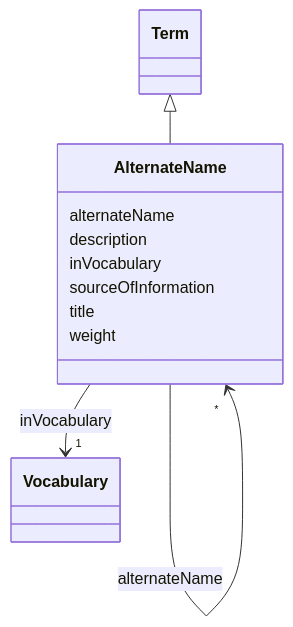
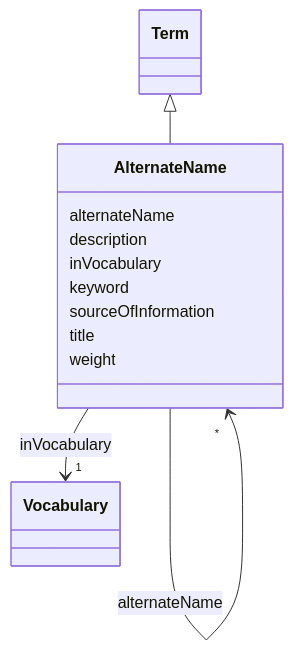
The diagram in models/docs/AlternateName.md (EVORA-project/evora-ontology), drawn with Mermaid before and after one commit. The commit also changed other lines of this file and 402 other files, not shown here.

````diff
--- a/models/docs/AlternateName.md
+++ b/models/docs/AlternateName.md
@@ -19,35 +19,37 @@
 ```mermaid
  classDiagram
     class AlternateName
     click AlternateName href "../AlternateName"
       Term <|-- AlternateName
         click Term href "../Term"
       
       AlternateName : alternateName
         
           
     
     
     AlternateName --> "*" AlternateName : alternateName
     click AlternateName href "../AlternateName"
 
         
       AlternateName : description
         
       AlternateName : inVocabulary
         
           
     
     
     AlternateName --> "1" Vocabulary : inVocabulary
     click Vocabulary href "../Vocabulary"
 
         
+      AlternateName : keyword
+        
       AlternateName : sourceOfInformation
         
       AlternateName : title
         
       AlternateName : weight
         
       
 ```
````
